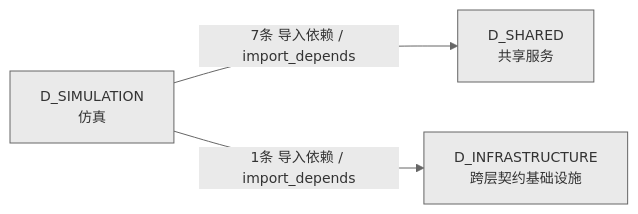
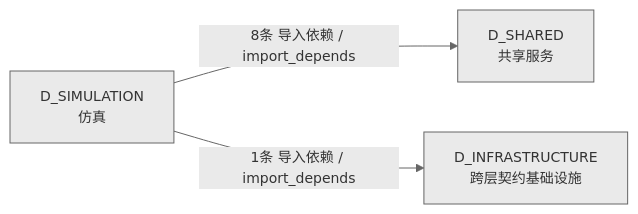
The third of 3 diagrams in docs/02_enterprise_architecture/02_domain_architecture_docs/70_d_simulation.md (xuanFelixVan/ZephyrAlpha), drawn with Mermaid before and after one commit. The commit also changed other lines of this file and 80 other files, not shown here.

````diff
--- a/docs/02_enterprise_architecture/02_domain_architecture_docs/70_d_simulation.md
+++ b/docs/02_enterprise_architecture/02_domain_architecture_docs/70_d_simulation.md
@@ -203,9 +201,9 @@
 ```mermaid
 %%{init: {'theme': 'base', 'themeVariables': {'primaryColor': '#eaeaea', 'primaryTextColor': '#333333', 'primaryBorderColor': '#666666', 'lineColor': '#666666', 'secondaryColor': '#eaeaea', 'tertiaryColor': '#eaeaea', 'fontSize': '14px'}}}%%
 graph LR
     D_SIMULATION["D_SIMULATION<br/>仿真"]
     D_SHARED["D_SHARED<br/>共享服务"]
     D_INFRASTRUCTURE["D_INFRASTRUCTURE<br/>跨层契约基础设施"]
-    D_SIMULATION -->|7条 导入依赖 / import_depends| D_SHARED
+    D_SIMULATION -->|8条 导入依赖 / import_depends| D_SHARED
     D_SIMULATION -->|1条 导入依赖 / import_depends| D_INFRASTRUCTURE
 ```
````
